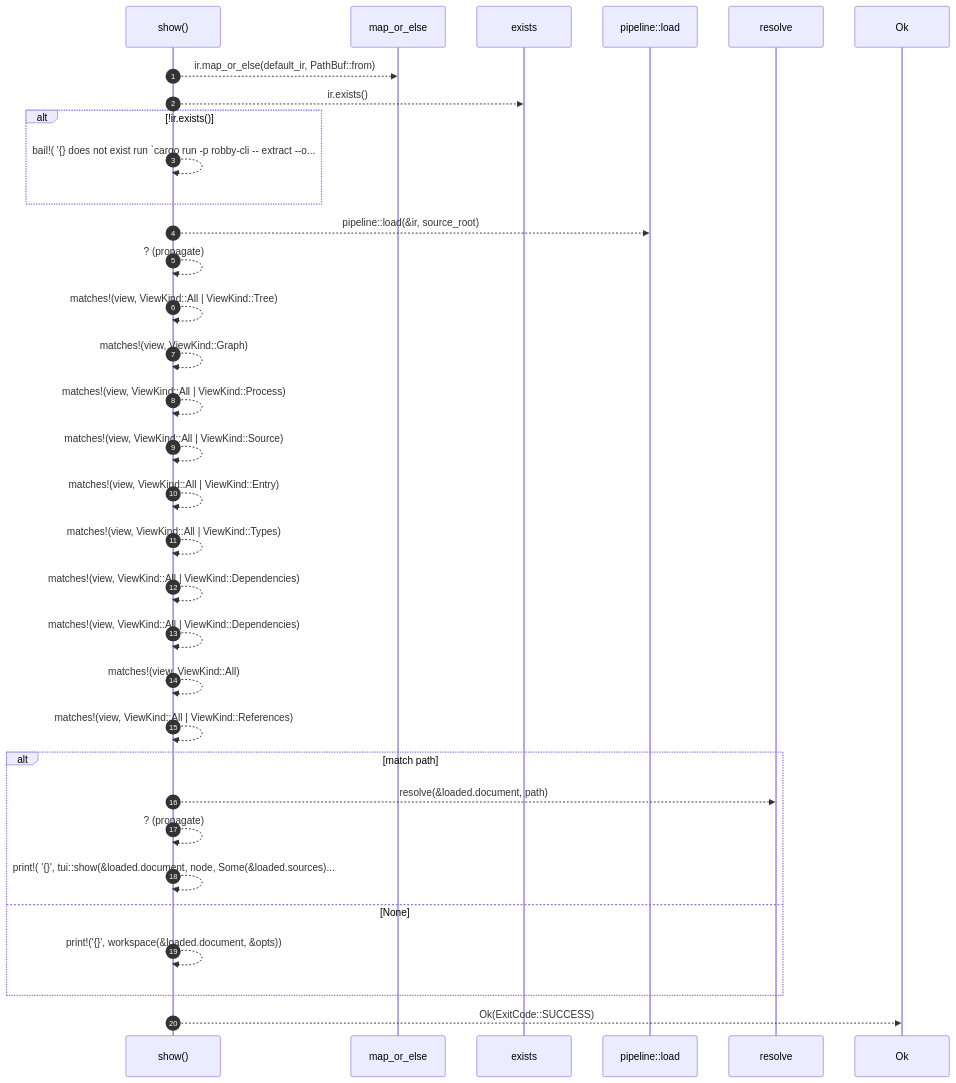
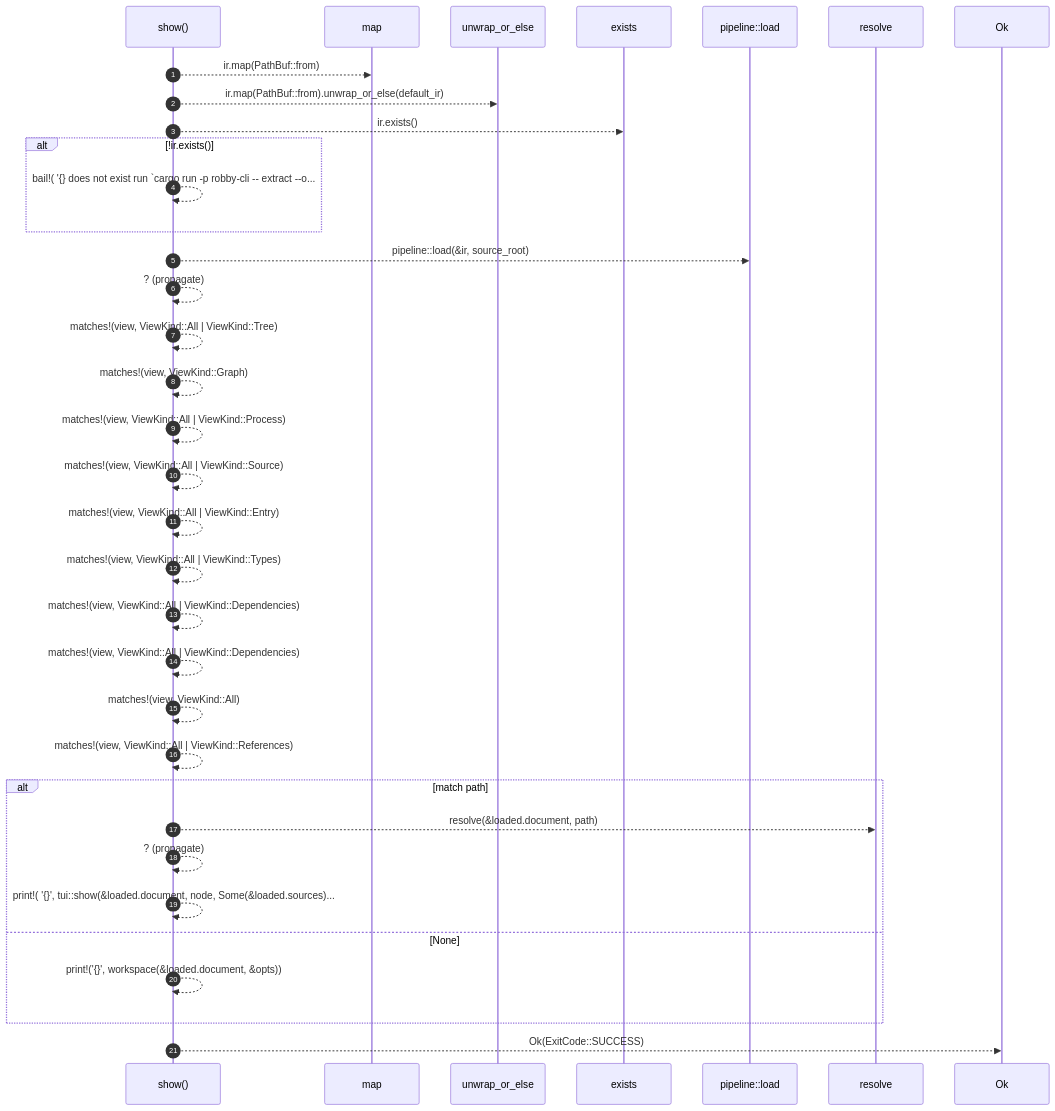
One commit to RyanGuild/self-describing-code changed the diagram in docs/self-model/robby_cli/show.md. Above: the diagram before and after it, drawn with Mermaid. The commit also changed other lines of this file and 413 other files, not shown here.

````diff
--- a/docs/self-model/robby_cli/show.md
+++ b/docs/self-model/robby_cli/show.md
@@ -65,35 +65,37 @@
 ```mermaid
 sequenceDiagram
     autonumber
     participant show as show()
-    participant map_or_else as map_or_else
+    participant map as map
+    participant unwrap_or_else as unwrap_or_else
     participant exists as exists
     participant pipeline__load as pipeline::load
     participant resolve as resolve
     participant Ok as Ok
-    show-->>map_or_else: ir.map_or_else(default_ir, PathBuf::from)
+    show-->>map: ir.map(PathBuf::from)
+    show-->>unwrap_or_else: ir.map(PathBuf::from).unwrap_or_else(default_ir)
     show-->>exists: ir.exists()
     alt !ir.exists()
     show-->>show: bail!( '{} does not exist run `cargo run -p robby-cli -- extract --o...
     end
     show-->>pipeline__load: pipeline::load(&ir, source_root)
     show-->>show: ? (propagate)
     show-->>show: matches!(view, ViewKind::All | ViewKind::Tree)
     show-->>show: matches!(view, ViewKind::Graph)
     show-->>show: matches!(view, ViewKind::All | ViewKind::Process)
     show-->>show: matches!(view, ViewKind::All | ViewKind::Source)
     show-->>show: matches!(view, ViewKind::All | ViewKind::Entry)
     show-->>show: matches!(view, ViewKind::All | ViewKind::Types)
     show-->>show: matches!(view, ViewKind::All | ViewKind::Dependencies)
     show-->>show: matches!(view, ViewKind::All | ViewKind::Dependencies)
     show-->>show: matches!(view, ViewKind::All)
     show-->>show: matches!(view, ViewKind::All | ViewKind::References)
     alt match path
     show-->>resolve: resolve(&loaded.document, path)
     show-->>show: ? (propagate)
     show-->>show: print!( '{}', tui::show(&loaded.document, node, Some(&loaded.sources)...
     else None
     show-->>show: print!('{}', workspace(&loaded.document, &opts))
     end
     show-->>Ok: Ok(ExitCode::SUCCESS)
 ```
````
